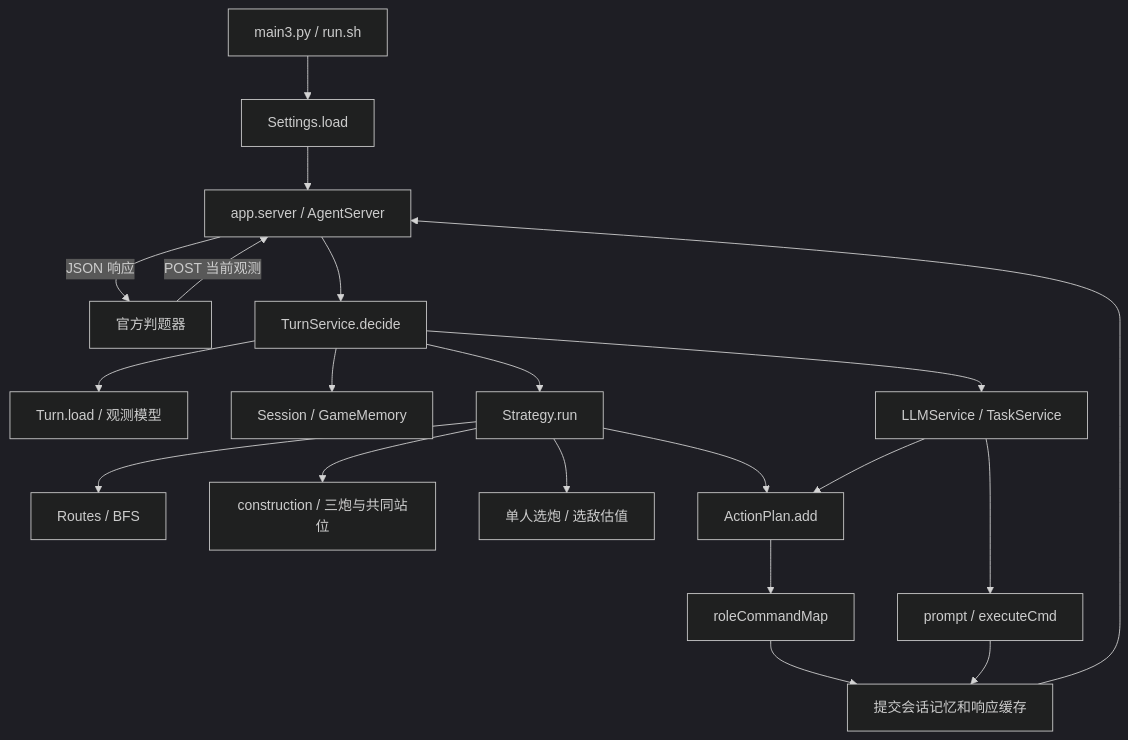
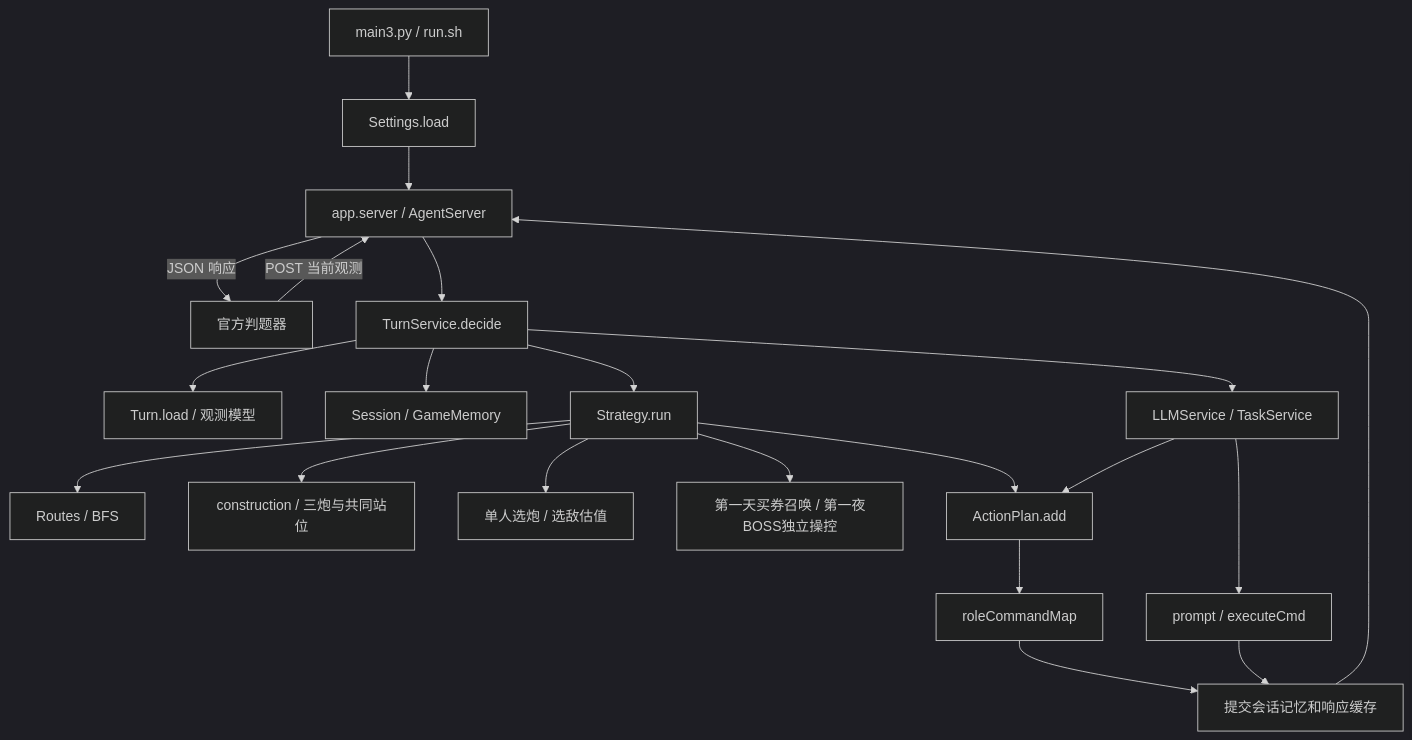
The first of 2 diagrams in README.md (ShengyuanZhong/futurewar), drawn with Mermaid (dark theme) before and after one commit. The commit also changed other lines of this file and 30 other files, not shown here.

````diff
--- a/README.md
+++ b/README.md
@@ -220,22 +228,23 @@
 ```mermaid
 flowchart TD
     Launch[main3.py / run.sh] --> Config[Settings.load]
     Config --> Server[app.server / AgentServer]
     Judge[官方判题器] -->|POST 当前观测| Server
     Server --> Service[TurnService.decide]
     Service --> Turn[Turn.load / 观测模型]
     Service --> Session[Session / GameMemory]
     Service --> LLM[LLMService / TaskService]
     Service --> Strategy[Strategy.run]
     Strategy --> Grid[Routes / BFS]
     Strategy --> Layout[construction / 三炮与共同站位]
     Strategy --> Combat[单人选炮 / 选敌估值]
+    Strategy --> Raid[第一天买券召唤 / 第一夜BOSS独立操控]
     Strategy --> Plan[ActionPlan.add]
     LLM --> Plan
     Plan --> Result[roleCommandMap]
     LLM --> Fields[prompt / executeCmd]
     Result --> Commit[提交会话记忆和响应缓存]
     Fields --> Commit
     Commit --> Server
     Server -->|JSON 响应| Judge
 ```
````
